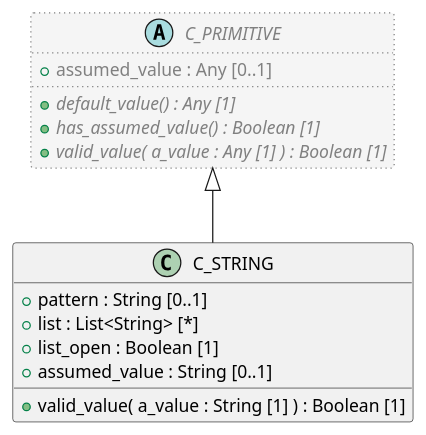
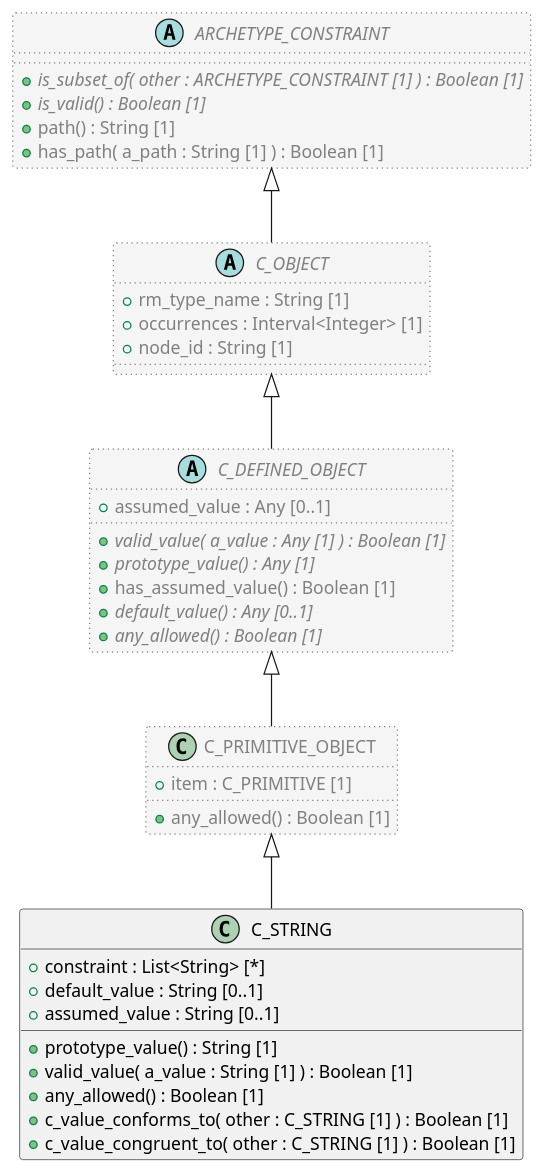
One commit to sebastian-iancu/code-generator changed the diagram in code/Adoc/openehr_am_2.4.0/plantUML/classes/org.openehr.am.aom2.c_string.adoc. Above: the diagram before and after it, drawn with PlantUML. The commit also changed 1228 other files, not shown here.

```diff
--- a/code/Adoc/openehr_am_2.4.0/plantUML/classes/org.openehr.am.aom2.c_string.adoc
+++ b/code/Adoc/openehr_am_2.4.0/plantUML/classes/org.openehr.am.aom2.c_string.adoc
@@ -1,24 +1,53 @@
 [plantuml,C_STRING,format=svg,svg-type="inline"]
 -----
 @startuml
 
 class C_STRING {
-  + pattern : String [0..1]
-  + list : List<String> [*]
-  + list_open : Boolean [1]
+  + constraint : List<String> [*]
+  + default_value : String [0..1]
   + assumed_value : String [0..1]
+  + prototype_value() : String [1]
   + valid_value( a_value : String [1] ) : Boolean [1]
+  + any_allowed() : Boolean [1]
+  + c_value_conforms_to( other : C_STRING [1] ) : Boolean [1]
+  + c_value_congruent_to( other : C_STRING [1] ) : Boolean [1]
 }
 
-abstract class C_PRIMITIVE  #whitesmoke;line:gray;line.dotted;text:gray {
-  + assumed_value : Any [0..1]
-  + {abstract} default_value() : Any [1]
-  + {abstract} has_assumed_value() : Boolean [1]
-  + {abstract} valid_value( a_value : Any [1] ) : Boolean [1]
+class C_PRIMITIVE_OBJECT  #whitesmoke;line:gray;line.dotted;text:gray {
+  + item : C_PRIMITIVE [1]
+  + any_allowed() : Boolean [1]
 }
 
-C_PRIMITIVE <|-- C_STRING
+abstract class C_DEFINED_OBJECT  #whitesmoke;line:gray;line.dotted;text:gray {
+  + assumed_value : Any [0..1]
+  + {abstract} valid_value( a_value : Any [1] ) : Boolean [1]
+  + {abstract} prototype_value() : Any [1]
+  + has_assumed_value() : Boolean [1]
+  + {abstract} default_value() : Any [0..1]
+  + {abstract} any_allowed() : Boolean [1]
+}
+
+abstract class C_OBJECT  #whitesmoke;line:gray;line.dotted;text:gray {
+  + rm_type_name : String [1]
+  + occurrences : Interval<Integer> [1]
+  + node_id : String [1]
+}
+
+abstract class ARCHETYPE_CONSTRAINT  #whitesmoke;line:gray;line.dotted;text:gray {
+  + {abstract} is_subset_of( other : ARCHETYPE_CONSTRAINT [1] ) : Boolean [1]
+  + {abstract} is_valid() : Boolean [1]
+  + path() : String [1]
+  + has_path( a_path : String [1] ) : Boolean [1]
+}
+
+ARCHETYPE_CONSTRAINT <|-- C_OBJECT
+
+C_OBJECT <|-- C_DEFINED_OBJECT
+
+C_DEFINED_OBJECT <|-- C_PRIMITIVE_OBJECT
+
+C_PRIMITIVE_OBJECT <|-- C_STRING
 
 
 @enduml
 -----
```
